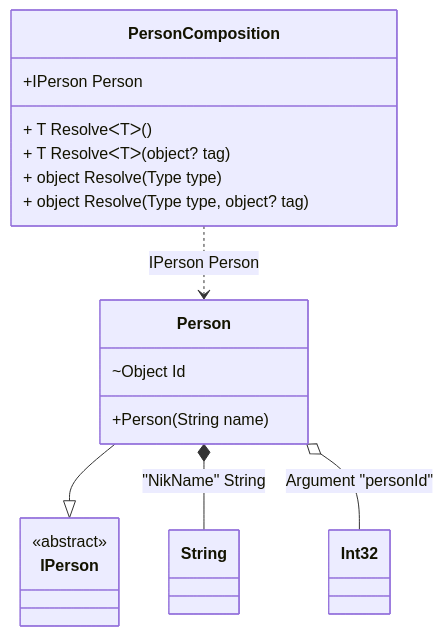
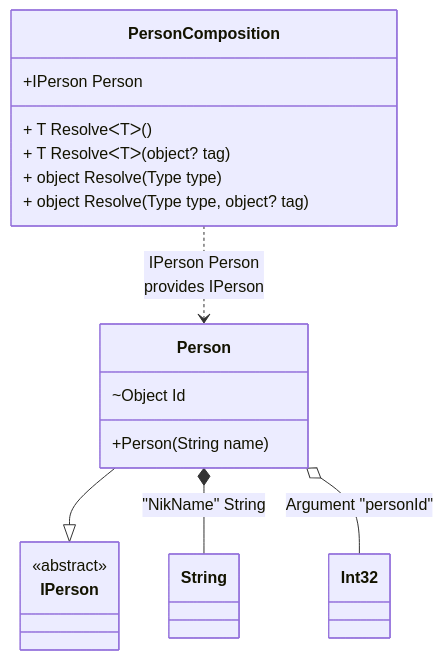
One commit to DevTeam/Pure.DI changed the diagram in readme/custom-attributes.md. Above: the diagram before and after it, drawn with Mermaid. The commit also changed other lines of this file and 73 other files, not shown here.

````diff
--- a/readme/custom-attributes.md
+++ b/readme/custom-attributes.md
@@ -58,23 +58,23 @@
 ```mermaid
 classDiagram
   class PersonComposition {
     +IPerson Person
     + T ResolveᐸTᐳ()
     + T ResolveᐸTᐳ(object? tag)
     + object Resolve(Type type)
     + object Resolve(Type type, object? tag)
   }
   class String
   class Int32
   Person --|> IPerson : 
   class Person {
     +Person(String name)
     ~Object Id
   }
   class IPerson {
     <<abstract>>
   }
   Person *--  String : "NikName"  String
   Person o-- Int32 : Argument "personId"
-  PersonComposition ..> Person : IPerson Person
+  PersonComposition ..> Person : IPerson Person<br/>provides IPerson
 ```
````
